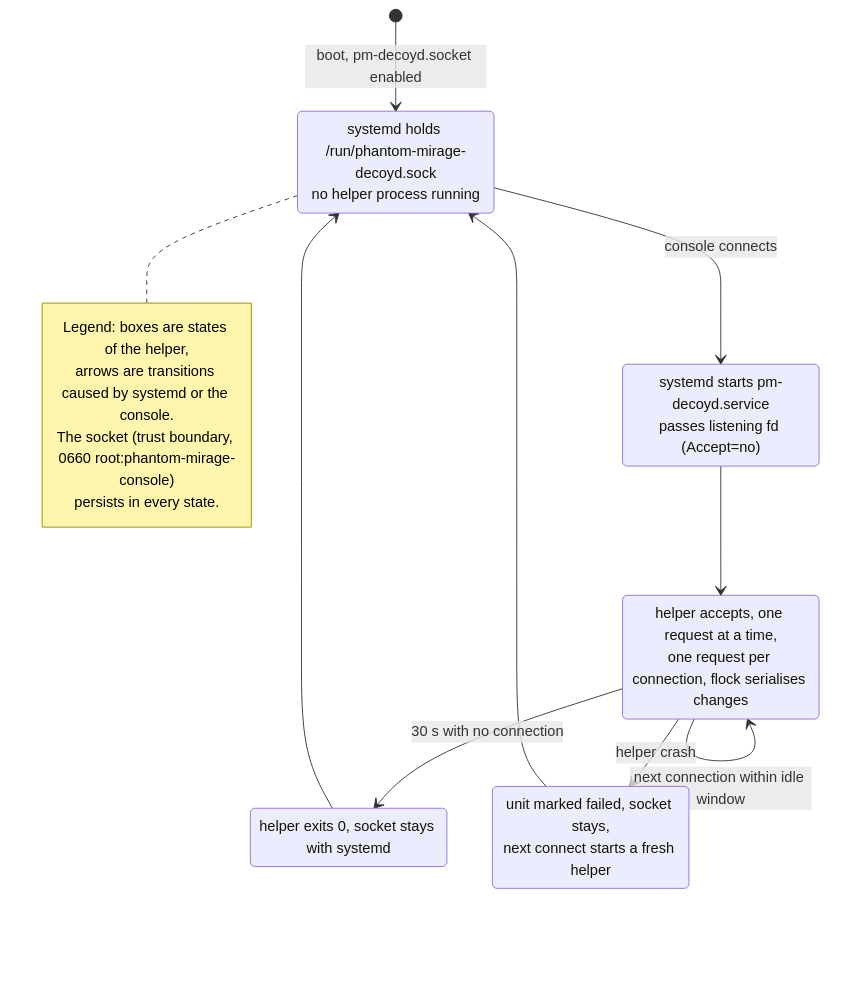
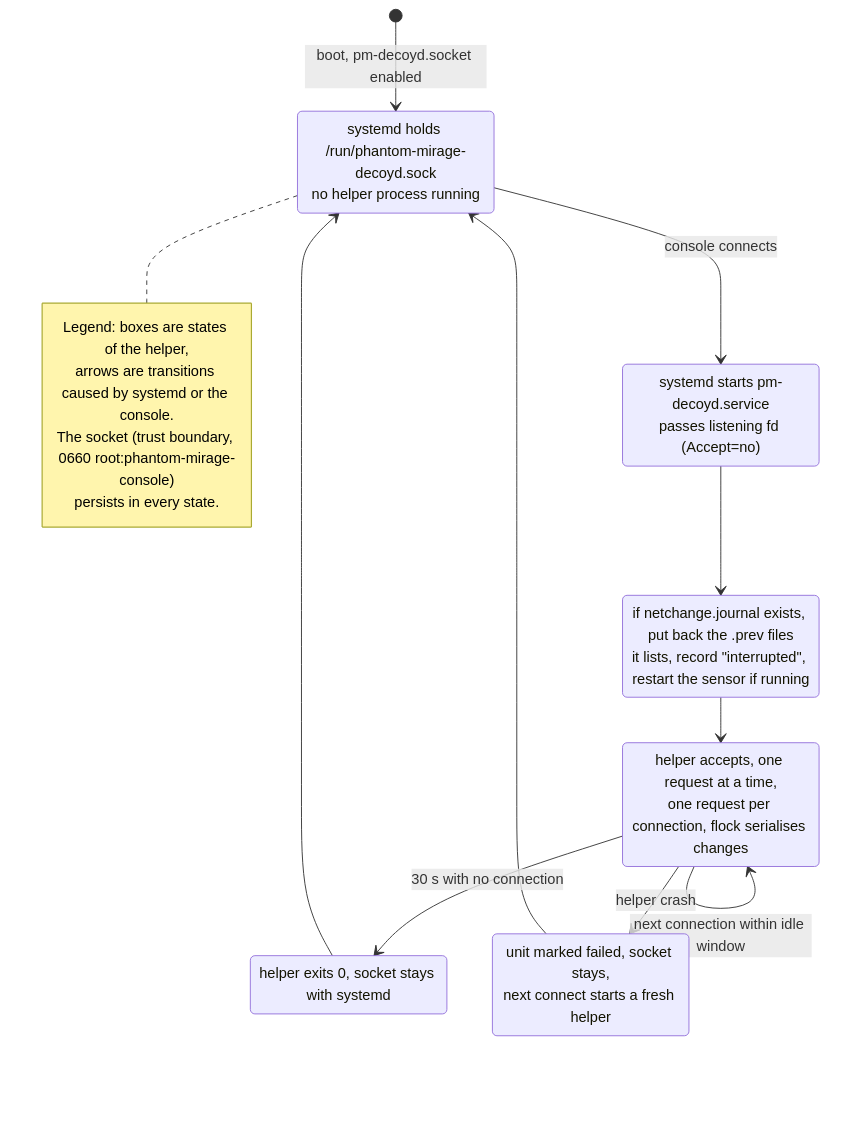
The diagram in docs/design/img/src/05-socket-lifecycle.mmd (danieldejager/phantom-mirage), drawn with Mermaid before and after one commit. The commit also changed 10 other files, not shown here.

```diff
--- a/docs/design/img/src/05-socket-lifecycle.mmd
+++ b/docs/design/img/src/05-socket-lifecycle.mmd
@@ -1,20 +1,22 @@
 stateDiagram-v2
   [*] --> Listening: boot, pm-decoyd.socket enabled
   Listening: systemd holds /run/phantom-mirage-decoyd.sock<br/>no helper process running
   Listening --> Starting: console connects
   Starting: systemd starts pm-decoyd.service<br/>passes listening fd (Accept=no)
-  Starting --> Serving
+  Starting --> Recovering
+  Recovering: if netchange.journal exists, put back the .prev files<br/>it lists, record "interrupted", restart the sensor if running
+  Recovering --> Serving
   Serving: helper accepts, one request at a time,<br/>one request per connection, flock serialises changes
   Serving --> Serving: next connection within idle window
   Serving --> Exiting: 30 s with no connection
   Serving --> Failed: helper crash
   Exiting: helper exits 0, socket stays with systemd
   Exiting --> Listening
   Failed: unit marked failed, socket stays,<br/>next connect starts a fresh helper
   Failed --> Listening
   note right of Listening
     Legend: boxes are states of the helper,
     arrows are transitions caused by systemd or the console.
     The socket (trust boundary, 0660 root:phantom-mirage-console)
     persists in every state.
   end note
```
